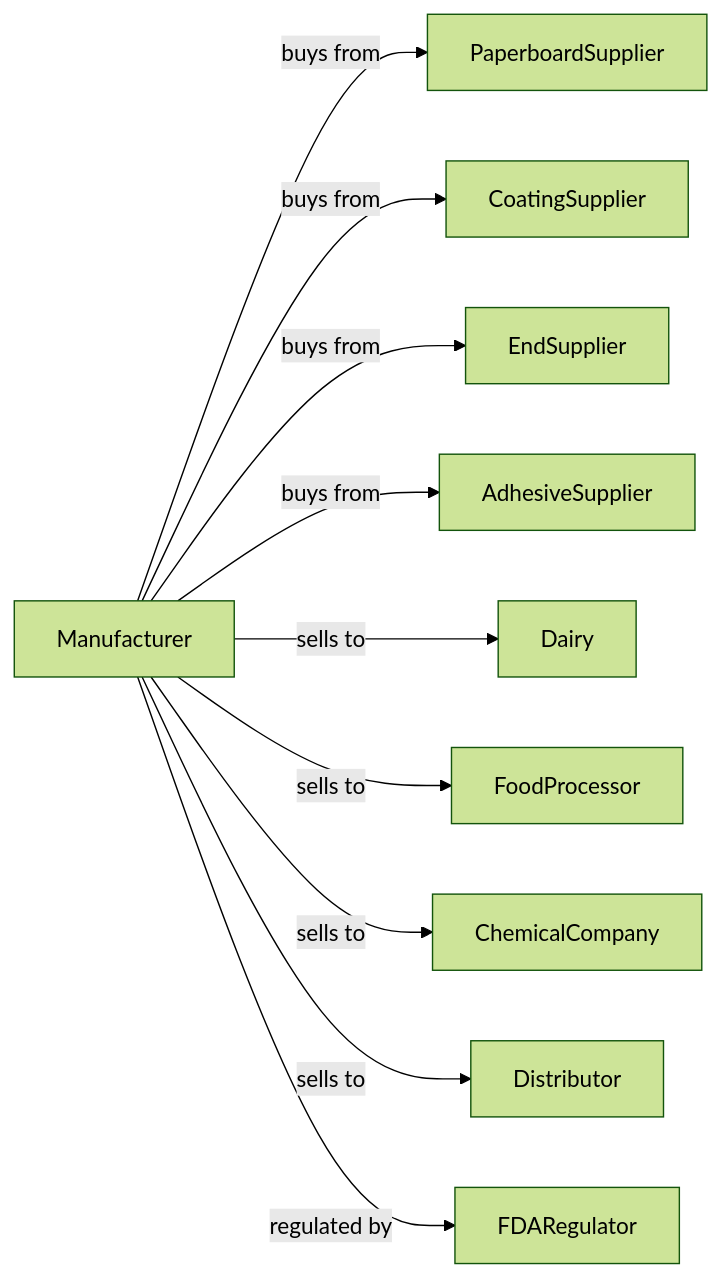
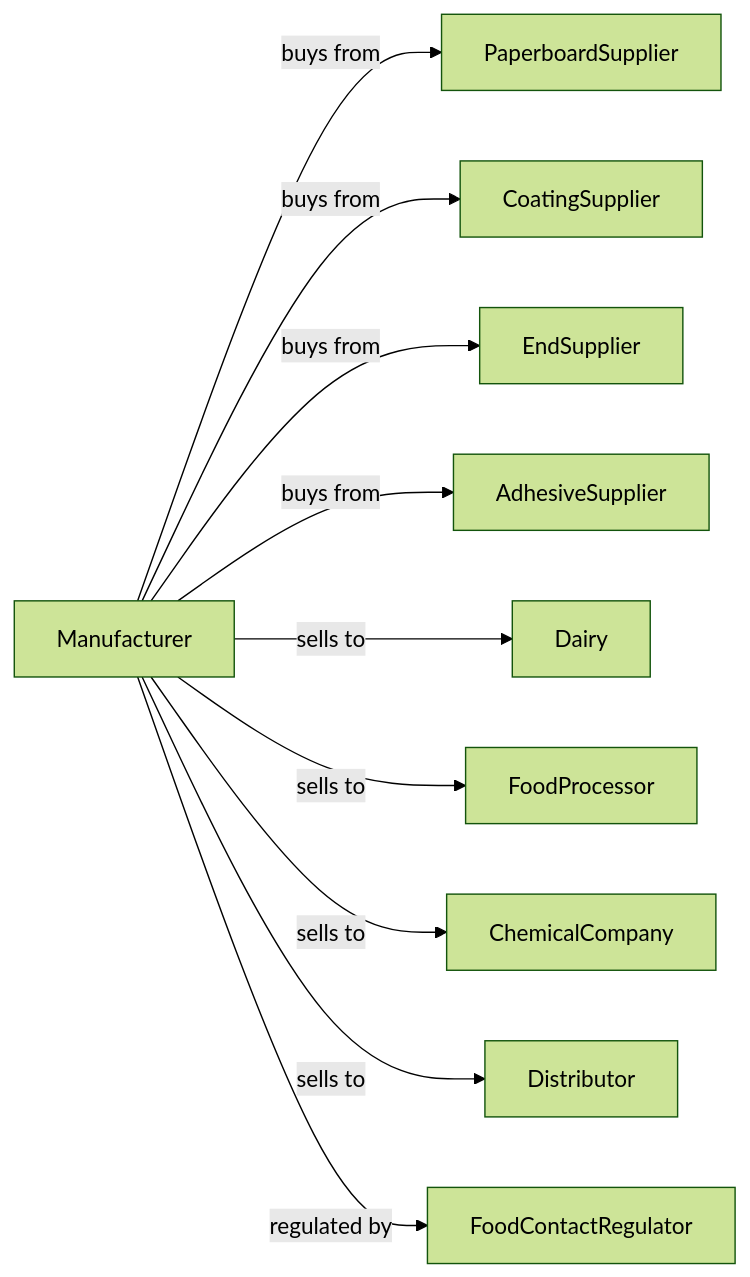
One commit to dot-org-ai/industries.org.ai changed the second of 2 diagrams in Manufacturing/PaperManufacturing/ConvertedPaperProductManufacturing/OtherPaperboardContainerManufacturing.mdx. Above: the diagram before and after it, drawn with Mermaid (forest theme). The commit also changed other lines of this file and 639 other files, not shown here.

````diff
--- a/Manufacturing/PaperManufacturing/ConvertedPaperProductManufacturing/OtherPaperboardContainerManufacturing.mdx
+++ b/Manufacturing/PaperManufacturing/ConvertedPaperProductManufacturing/OtherPaperboardContainerManufacturing.mdx
@@ -133,14 +133,14 @@
 ```mermaid
 graph LR
     M[Manufacturer]
 
     M -->|buys from| PaperboardSupplier
     M -->|buys from| CoatingSupplier
     M -->|buys from| EndSupplier
     M -->|buys from| AdhesiveSupplier
     M -->|sells to| Dairy
     M -->|sells to| FoodProcessor
     M -->|sells to| ChemicalCompany
     M -->|sells to| Distributor
-    M -->|regulated by| FDARegulator
+    M -->|regulated by| FoodContactRegulator
 ```
````
